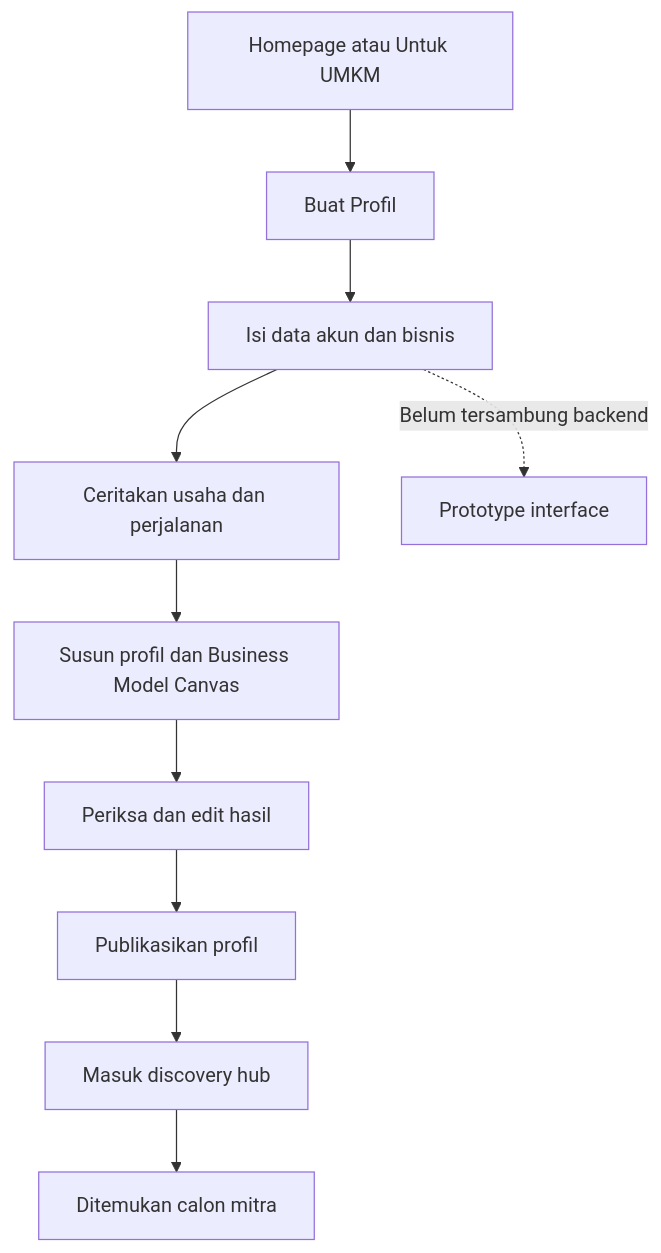
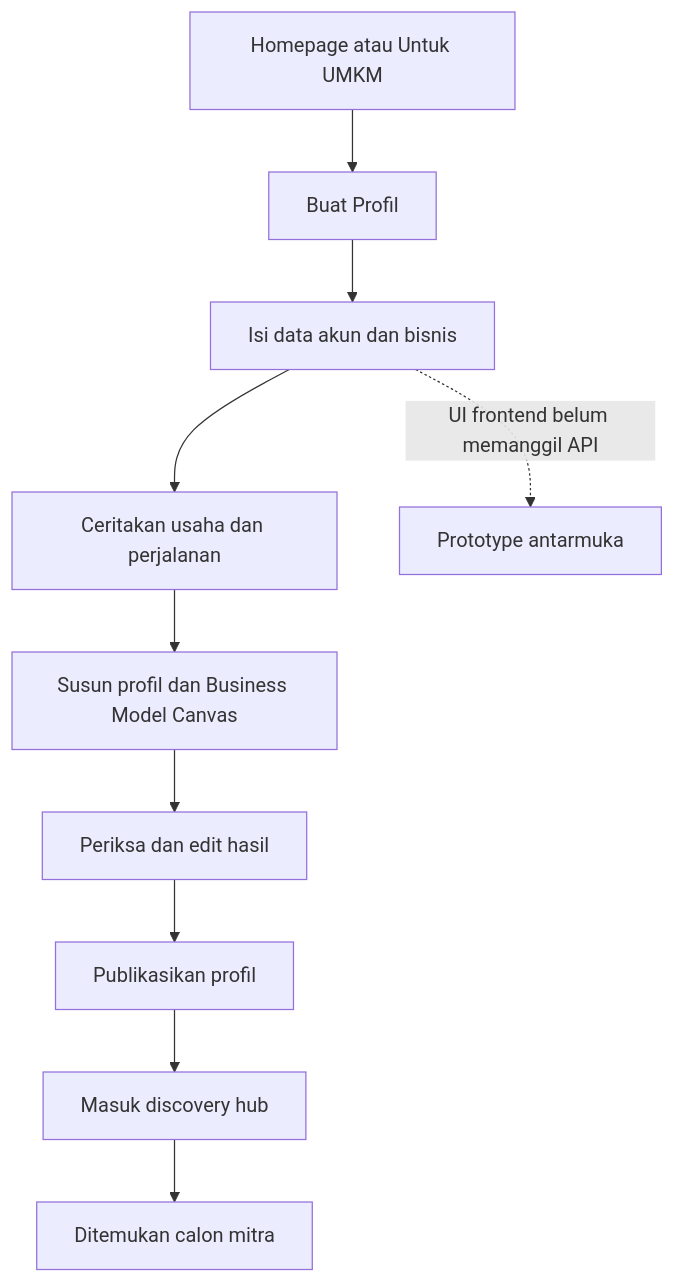
Before and after one commit to abnibsth/lumora: the second of 6 diagrams in README.md, drawn with Mermaid. The commit also changed other lines of this file, not shown here.

First line of the commit message:
docs: perbarui README root sesuai kondisi backend

````diff
--- a/README.md
+++ b/README.md
@@ -99,12 +102,12 @@
 ```mermaid
 flowchart TD
     A[Homepage atau Untuk UMKM] --> B[Buat Profil]
     B --> C[Isi data akun dan bisnis]
     C --> D[Ceritakan usaha dan perjalanan]
     D --> E[Susun profil dan Business Model Canvas]
     E --> F[Periksa dan edit hasil]
     F --> G[Publikasikan profil]
     G --> H[Masuk discovery hub]
     H --> I[Ditemukan calon mitra]
-    C -. Belum tersambung backend .-> J[Prototype interface]
+    C -. UI frontend belum memanggil API .-> J[Prototype antarmuka]
 ```
````
